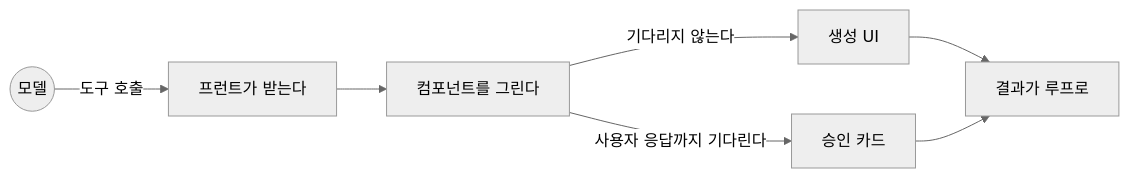
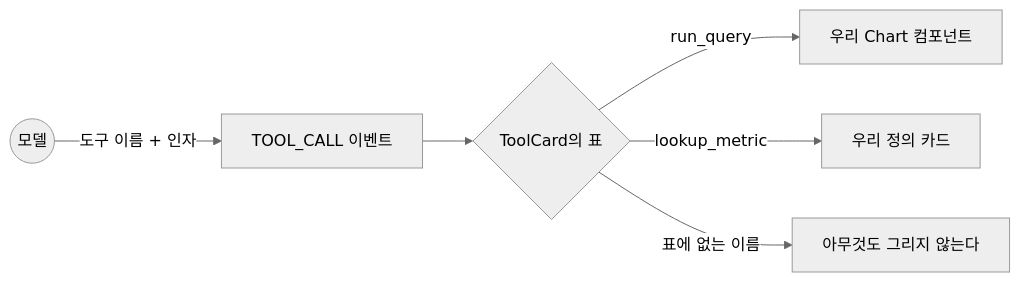
Before and after one commit to 2026-ai-service-engineering-a/ai_service_engineering-track_a: diagram 11 of 20 in site/src/content/courses/ko/session-09/index.mdx, drawn with Mermaid (neutral theme). The commit also changed other lines of this file and 5 other files, not shown here.

````diff
--- a/site/src/content/courses/ko/session-09/index.mdx
+++ b/site/src/content/courses/ko/session-09/index.mdx
@@ -664,9 +793,8 @@
 ```mermaid
 flowchart LR
-    M(("모델")) -->|"도구 호출"| P["프런트가 받는다"]
-    P --> C["컴포넌트를 그린다"]
-    C -->|"기다리지 않는다"| R1["생성 UI"]
-    C -->|"사용자 응답까지 기다린다"| R2["승인 카드"]
-    R1 --> L["결과가 루프로"]
-    R2 --> L
+    M(("모델")) -->|"도구 이름 + 인자"| E["TOOL_CALL 이벤트"]
+    E --> T{"ToolCard의 표"}
+    T -->|"run_query"| C["우리 Chart 컴포넌트"]
+    T -->|"lookup_metric"| D["우리 정의 카드"]
+    T -->|"표에 없는 이름"| X["아무것도 그리지 않는다"]
 ```
````
